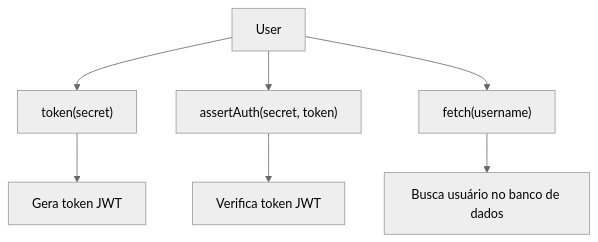
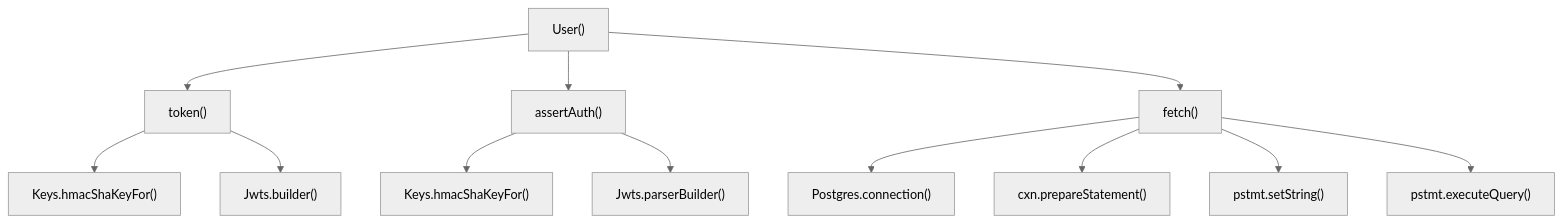
Before and after one commit to gftaimpact/demo-java-citi: the first of 2 diagrams in wiki/src/test/java/com/scalesec/vulnado/User.java.md, drawn with Mermaid (neutral theme). The commit also changed other lines of this file and 1 other file, not shown here.

````diff
--- a/wiki/src/test/java/com/scalesec/vulnado/User.java.md
+++ b/wiki/src/test/java/com/scalesec/vulnado/User.java.md
@@ -7,9 +8,14 @@
 ```mermaid
 graph TD
-    A[User] --> B["token(secret)"]
-    A --> C["assertAuth(secret, token)"]
-    A --> D["fetch(username)"]
-    B --> E["Gera token JWT"]
-    C --> F["Verifica token JWT"]
-    D --> G["Busca usuário no banco de dados"]
+    A["User()"] --> B["token()"]
+    A --> C["assertAuth()"]
+    A --> D["fetch()"]
+    B --> E["Keys.hmacShaKeyFor()"]
+    B --> F["Jwts.builder()"]
+    C --> G["Keys.hmacShaKeyFor()"]
+    C --> H["Jwts.parserBuilder()"]
+    D --> I["Postgres.connection()"]
+    D --> J["cxn.prepareStatement()"]
+    D --> K["pstmt.setString()"]
+    D --> L["pstmt.executeQuery()"]
 ```
````
